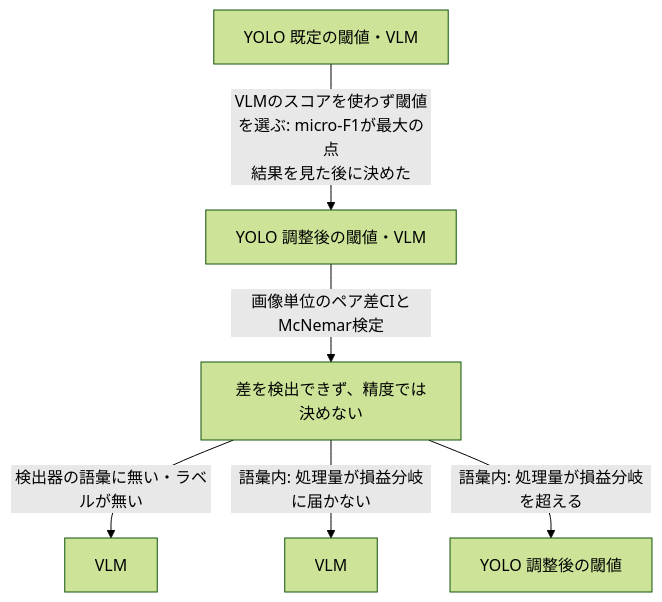
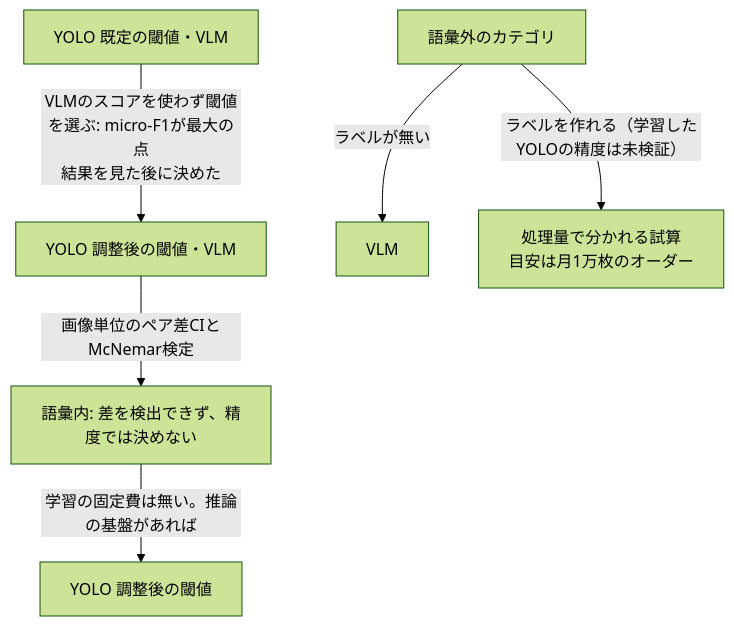
The diagram in README.md (yuya0408/vlm-vs-yolo), drawn with Mermaid (forest theme) before and after one commit. The commit also changed other lines of this file and 5 other files, not shown here.

````diff
--- a/README.md
+++ b/README.md
@@ -11,8 +11,8 @@
 ```mermaid
 flowchart TB
     A["YOLO 既定の閾値・VLM"] -->|"VLMのスコアを使わず閾値を選ぶ: micro-F1が最大の点<br/>結果を見た後に決めた"| B["YOLO 調整後の閾値・VLM"]
-    B -->|"画像単位のペア差CIとMcNemar検定"| C["差を検出できず、精度では決めない"]
-    C -->|"検出器の語彙に無い・ラベルが無い"| D["VLM"]
-    C -->|"語彙内: 処理量が損益分岐に届かない"| E["VLM"]
-    C -->|"語彙内: 処理量が損益分岐を超える"| F["YOLO 調整後の閾値"]
+    B -->|"画像単位のペア差CIとMcNemar検定"| C["語彙内: 差を検出できず、精度では決めない"]
+    C -->|"学習の固定費は無い。推論の基盤があれば"| F["YOLO 調整後の閾値"]
+    X["語彙外のカテゴリ"] -->|"ラベルが無い"| D["VLM"]
+    X -->|"ラベルを作れる（学習したYOLOの精度は未検証）"| G["処理量で分かれる試算<br/>目安は月1万枚のオーダー"]
 ```
````
